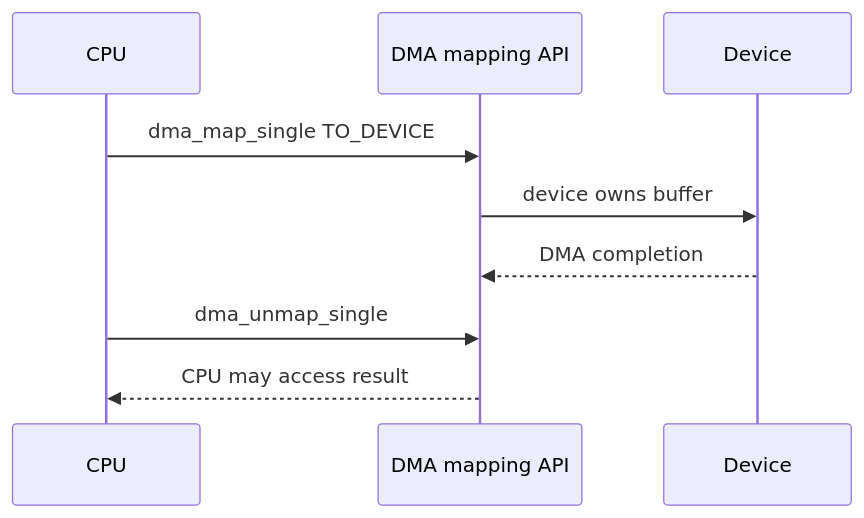
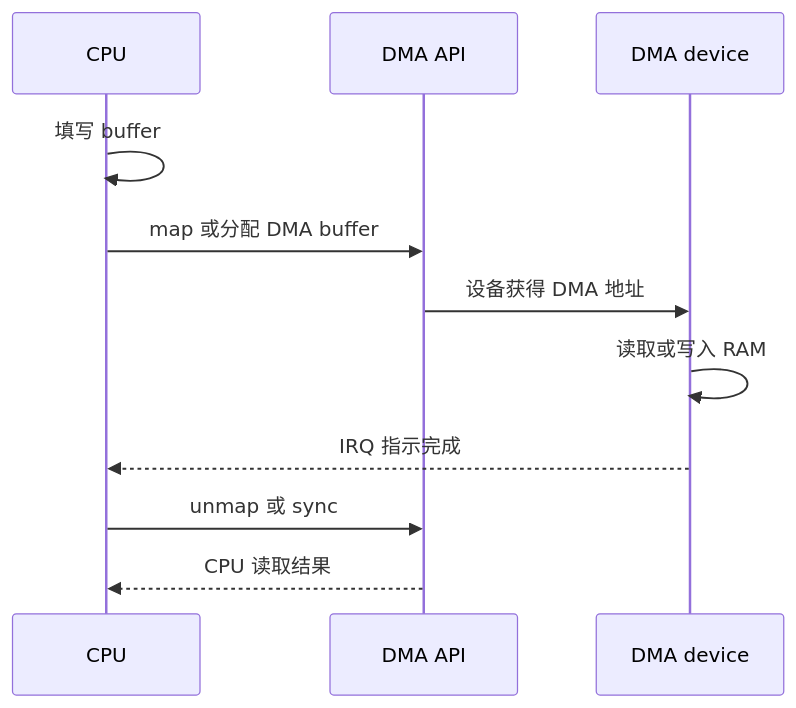
The second of 17 diagrams in docs/articles/bsp/bsp-26-dma-cache-coherency.md (cdragon-ljl/EEandEdgeAI), drawn with Mermaid before and after one commit. The commit also changed other lines of this file and 25 other files, not shown here.

````diff
--- a/docs/articles/bsp/bsp-26-dma-cache-coherency.md
+++ b/docs/articles/bsp/bsp-26-dma-cache-coherency.md
@@ -25,11 +66,13 @@
 ```mermaid
 sequenceDiagram
     participant C as CPU
-    participant M as DMA mapping API
-    participant D as Device
-    C->>M: dma_map_single TO_DEVICE
-    M->>D: device owns buffer
-    D-->>M: DMA completion
-    C->>M: dma_unmap_single
-    M-->>C: CPU may access result
+    participant M as DMA API
+    participant D as DMA device
+    C->>C: 填写 buffer
+    C->>M: map 或分配 DMA buffer
+    M->>D: 设备获得 DMA 地址
+    D->>D: 读取或写入 RAM
+    D-->>C: IRQ 指示完成
+    C->>M: unmap 或 sync
+    M-->>C: CPU 读取结果
 ```
````
